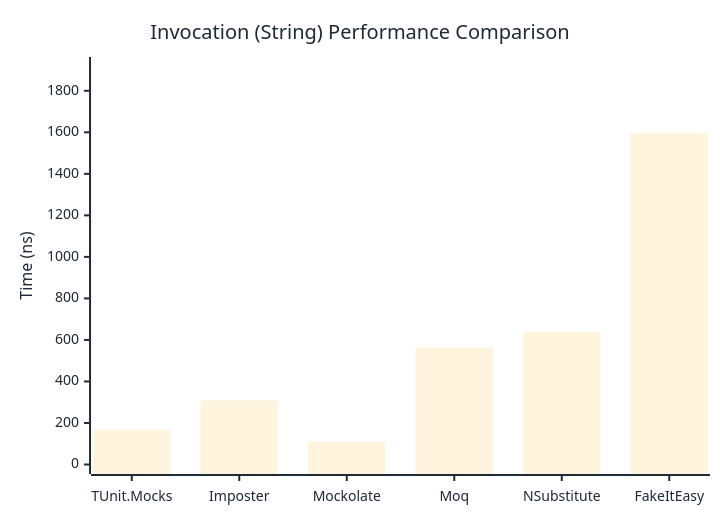
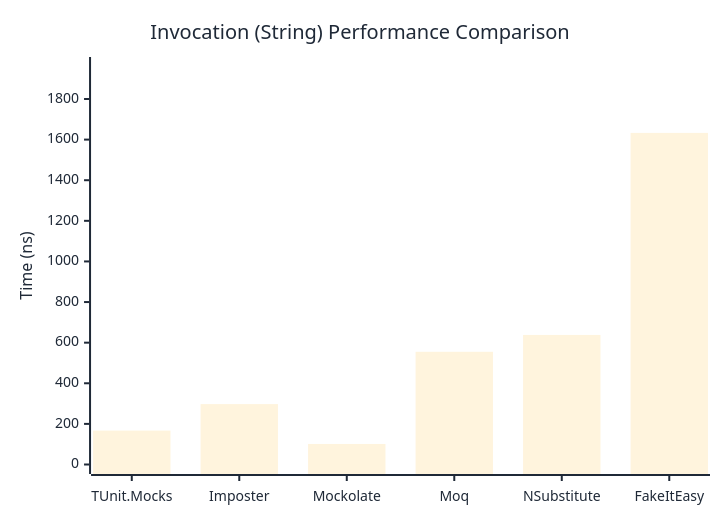
Before and after one commit to thomhurst/TUnit: the second of 3 diagrams in docs/docs/benchmarks/mocks/Invocation.md, drawn with Mermaid. The commit also changed other lines of this file and 14 other files, not shown here.

````diff
--- a/docs/docs/benchmarks/mocks/Invocation.md
+++ b/docs/docs/benchmarks/mocks/Invocation.md
@@ -71,27 +71,27 @@
 ```mermaid
 %%{init: {
   'theme':'base',
   'themeVariables': {
     'primaryColor': '#2563eb',
     'primaryTextColor': '#1f2937',
     'primaryBorderColor': '#1e40af',
     'lineColor': '#6b7280',
     'secondaryColor': '#7c3aed',
     'tertiaryColor': '#dc2626',
     'background': '#ffffff',
     'pie1': '#2563eb',
     'pie2': '#7c3aed',
     'pie3': '#dc2626',
     'pie4': '#f59e0b',
     'pie5': '#10b981',
     'pie6': '#06b6d4',
     'pie7': '#ec4899',
     'pie8': '#6366f1'
   }
 }}%%
 xychart-beta
   title "Invocation (String) Performance Comparison"
   x-axis ["TUnit.Mocks", "Imposter", "Mockolate", "Moq", "NSubstitute", "FakeItEasy"]
-  y-axis "Time (ns)" 0 --> 1917
-  bar [167, 308.8, 109.5, 562.8, 639, 1597.4]
+  y-axis "Time (ns)" 0 --> 1960
+  bar [167, 297.5, 101.2, 555.1, 638, 1633]
 ```
````
